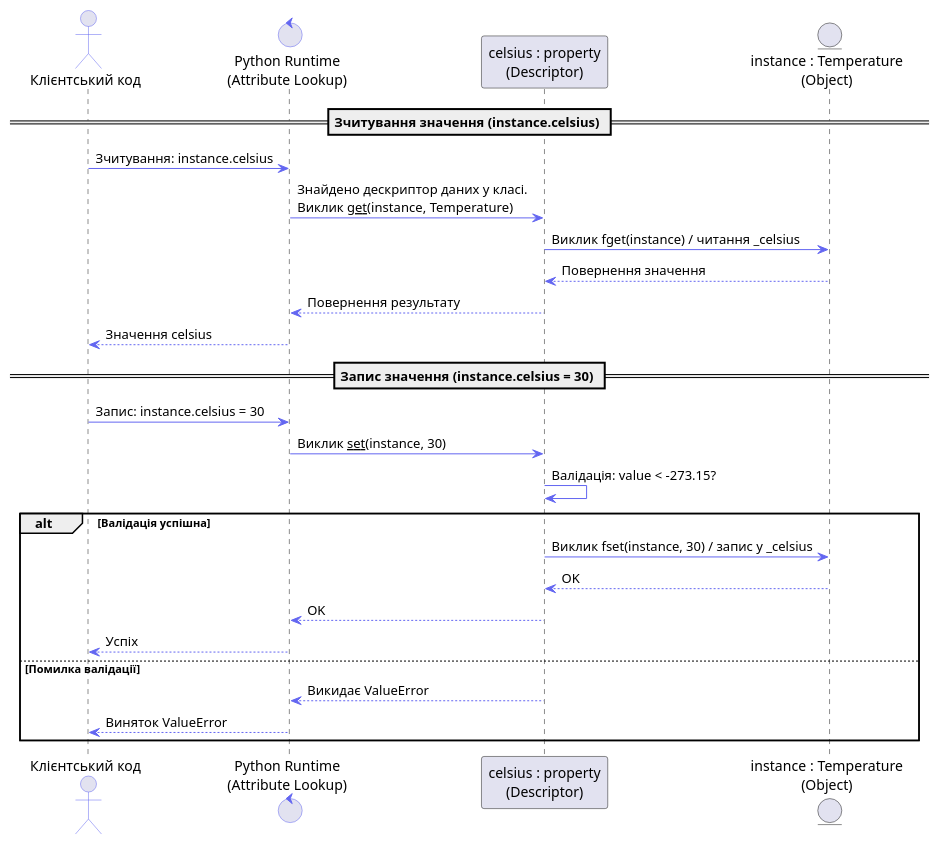
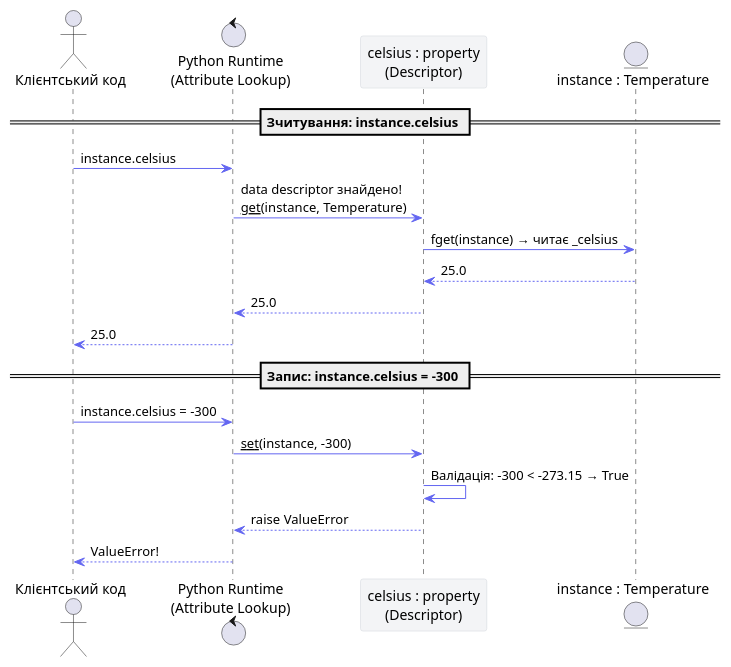
The third of 4 diagrams in content/05.python/02.encapsulation.md (UTUBMIR/kostyl.dev), drawn with PlantUML before and after one commit. The commit also changed other lines of this file and 1 other file, not shown here.

````diff
--- a/content/05.python/02.encapsulation.md
+++ b/content/05.python/02.encapsulation.md
@@ -772,36 +705,31 @@
 ```plantuml
 @startuml
 skinparam style plain
 skinparam backgroundColor #ffffff
 skinparam ArrowColor #6366f1
-skinparam ActorBorderColor #6366f1
-skinparam ControlBorderColor #6366f1
+skinparam sequence {
+    ParticipantBackgroundColor #f3f4f6
+    ParticipantBorderColor #d1d5db
+}
 
 actor "Клієнтський код" as Client
 control "Python Runtime\n(Attribute Lookup)" as Runtime
 participant "celsius : property\n(Descriptor)" as Descriptor
-entity "instance : Temperature\n(Object)" as Instance
+entity "instance : Temperature" as Instance
 
-== Зчитування значення (instance.celsius) ==
-Client -> Runtime : Зчитування: instance.celsius
-Runtime -> Descriptor : Знайдено дескриптор даних у класі.\nВиклик __get__(instance, Temperature)
-Descriptor -> Instance : Виклик fget(instance) / читання _celsius
-Instance --> Descriptor : Повернення значення
-Descriptor --> Runtime : Повернення результату
-Runtime --> Client : Значення celsius
+== Зчитування: instance.celsius ==
+Client -> Runtime : instance.celsius
+Runtime -> Descriptor : data descriptor знайдено!\n__get__(instance, Temperature)
+Descriptor -> Instance : fget(instance) → читає _celsius
+Instance --> Descriptor : 25.0
+Descriptor --> Runtime : 25.0
+Runtime --> Client : 25.0
 
-== Запис значення (instance.celsius = 30) ==
-Client -> Runtime : Запис: instance.celsius = 30
-Runtime -> Descriptor : Виклик __set__(instance, 30)
-Descriptor -> Descriptor : Валідація: value < -273.15?
-alt Валідація успішна
-    Descriptor -> Instance : Виклик fset(instance, 30) / запис у _celsius
-    Instance --> Descriptor : OK
-    Descriptor --> Runtime : OK
-    Runtime --> Client : Успіх
-else Помилка валідації
-    Descriptor --> Runtime : Викидає ValueError
-    Runtime --> Client : Виняток ValueError
-end
+== Запис: instance.celsius = -300 ==
+Client -> Runtime : instance.celsius = -300
+Runtime -> Descriptor : __set__(instance, -300)
+Descriptor -> Descriptor : Валідація: -300 < -273.15 → True
+Descriptor --> Runtime : raise ValueError
+Runtime --> Client : ValueError!
 @enduml
 ```
````
